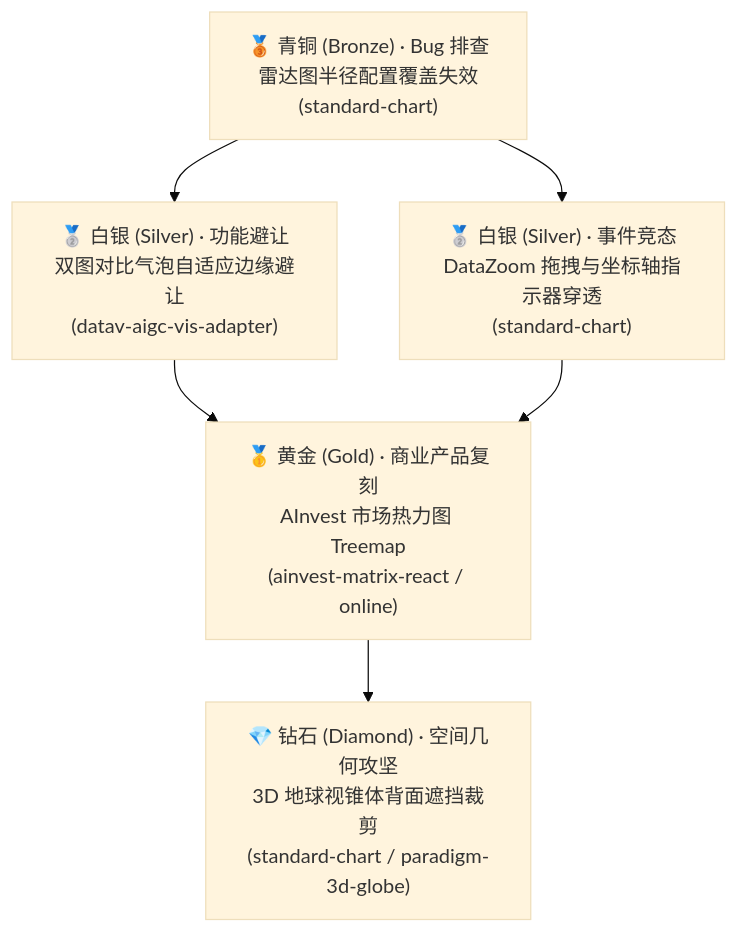
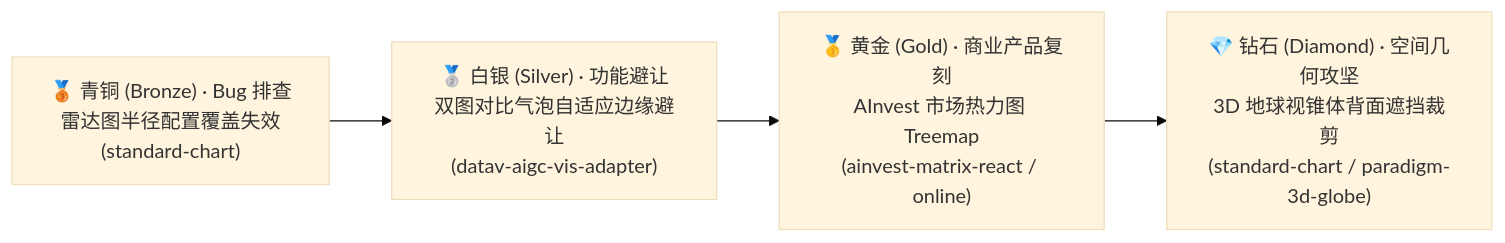
One commit to zhouchangju/vis-agent-bench changed the diagram in docs/candidates/GITLAB_OUTER_MINED_CANDIDATES.md. Above: the diagram before and after it, drawn with Mermaid (base theme). The commit also changed other lines of this file and 1 other file, not shown here.

````diff
--- a/docs/candidates/GITLAB_OUTER_MINED_CANDIDATES.md
+++ b/docs/candidates/GITLAB_OUTER_MINED_CANDIDATES.md
@@ -11,14 +11,6 @@
 ```mermaid
-graph TD
-  B["🥉 青铜 (Bronze) · Bug 排查<br/>雷达图半径配置覆盖失效<br/>(standard-chart)"]
-  S1["🥈 白银 (Silver) · 功能避让<br/>双图对比气泡自适应边缘避让<br/>(datav-aigc-vis-adapter)"]
-  S2["🥈 白银 (Silver) · 事件竞态<br/>DataZoom 拖拽与坐标轴指示器穿透<br/>(standard-chart)"]
-  G["🥇 黄金 (Gold) · 商业产品复刻<br/>AInvest 市场热力图 Treemap<br/>(ainvest-matrix-react / online)"]
-  D["💎 钻石 (Diamond) · 空间几何攻坚<br/>3D 地球视锥体背面遮挡裁剪<br/>(standard-chart / paradigm-3d-globe)"]
-
-  B --> S1
-  B --> S2
-  S1 --> G
-  S2 --> G
-  G --> D
+graph LR
+  B["🥉 青铜 (Bronze) · Bug 排查<br/>雷达图半径配置覆盖失效<br/>(standard-chart)"] --> S["🥈 白银 (Silver) · 功能避让<br/>双图对比气泡自适应边缘避让<br/>(datav-aigc-vis-adapter)"]
+  S --> G["🥇 黄金 (Gold) · 商业产品复刻<br/>AInvest 市场热力图 Treemap<br/>(ainvest-matrix-react / online)"]
+  G --> D["💎 钻石 (Diamond) · 空间几何攻坚<br/>3D 地球视锥体背面遮挡裁剪<br/>(standard-chart / paradigm-3d-globe)"]
 ```
````
